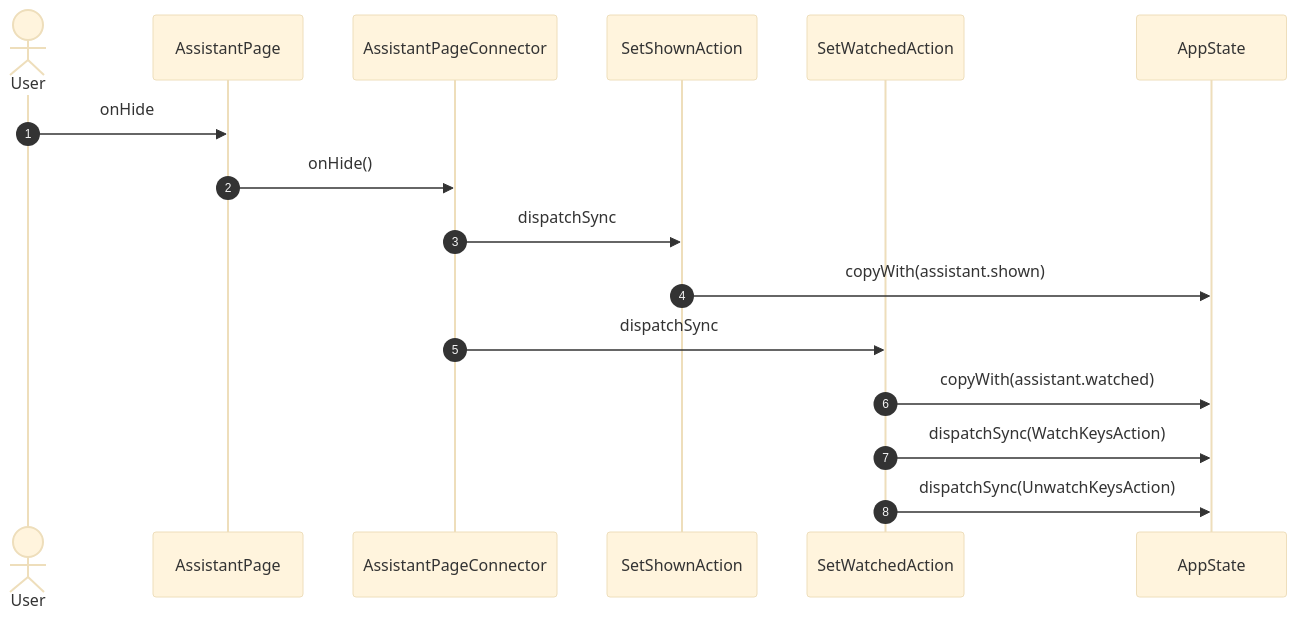
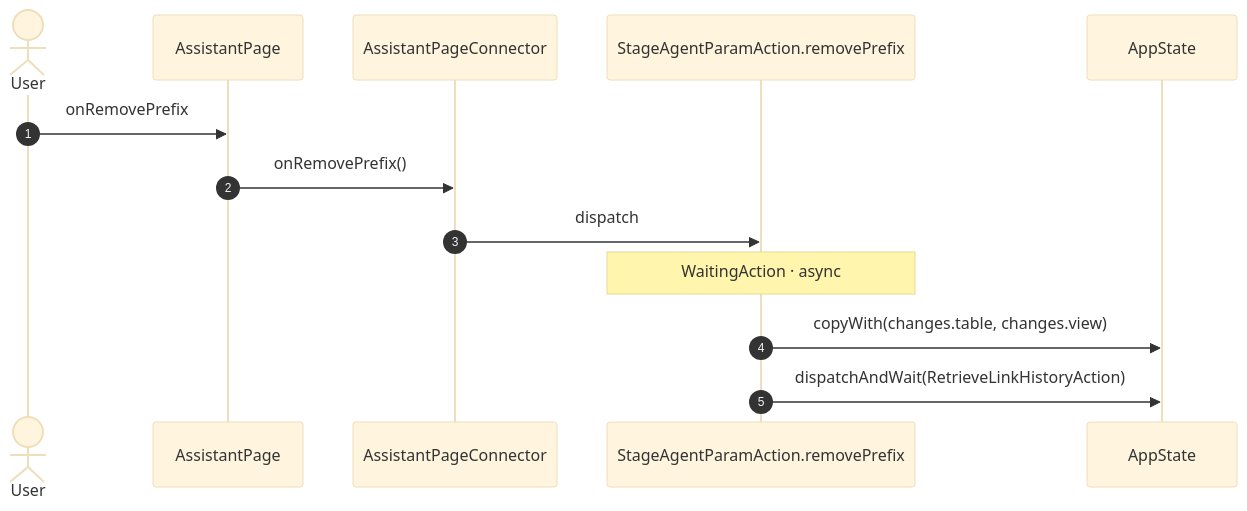
Before and after one commit to gencto/wyrm: diagram 15 of 23 in studio/docs/flows/assistant.md, drawn with Mermaid (base theme). The commit also changed other lines of this file and 94 other files, not shown here.

First line of the commit message:
studio: assistant: typed wire, words in ui, one action per intent

````diff
--- a/studio/docs/flows/assistant.md
+++ b/studio/docs/flows/assistant.md
@@ -367,19 +284,16 @@
 ```mermaid
 sequenceDiagram
     autonumber
     actor User
     participant UI as AssistantPage
     participant VM as AssistantPageConnector
-    participant A1 as SetShownAction
-    participant A2 as SetWatchedAction
+    participant A1 as StageAgentParamAction.removePrefix
     participant ST as AppState
 
-    User->>UI: onHide
-    UI->>VM: onHide()
-    VM->>A1: dispatchSync
-    A1->>ST: copyWith(assistant.shown)
-    VM->>A2: dispatchSync
-    A2->>ST: copyWith(assistant.watched)
-    A2->>ST: dispatchSync(WatchKeysAction)
-    A2->>ST: dispatchSync(UnwatchKeysAction)
+    User->>UI: onRemovePrefix
+    UI->>VM: onRemovePrefix()
+    VM->>A1: dispatch
+    Note over A1: WaitingAction · async
+    A1->>ST: copyWith(changes.table, changes.view)
+    A1->>ST: dispatchAndWait(RetrieveLinkHistoryAction)
 ```
````
